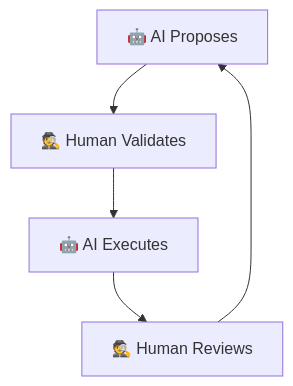
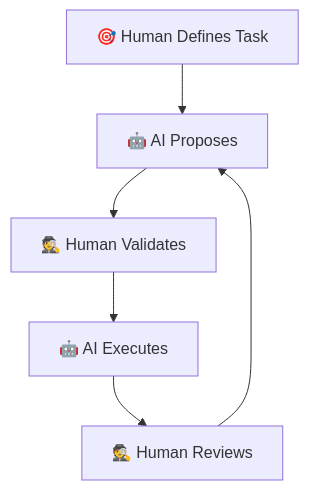
Before and after one commit to TheBushidoCollective/han: the first of 12 diagrams in website/content/papers/ai-dlc-2026.md, drawn with Mermaid.

Commit message:
feat(website): add Human Defines Task starting point to HITL diagram
Show that HITL starts with human defining the task, matching the pattern
in HOTL where Human Defines Criteria is the starting point.

````diff
--- a/website/content/papers/ai-dlc-2026.md
+++ b/website/content/papers/ai-dlc-2026.md
@@ -115,7 +115,8 @@
 ```mermaid
 flowchart TB
-    A1["🤖 AI Proposes"] --> A2["🕵️ Human Validates"]
+    A0["🎯 Human Defines Task"] --> A1["🤖 AI Proposes"]
+    A1 --> A2["🕵️ Human Validates"]
     A2 --> A3["🤖 AI Executes"]
     A3 --> A4["🕵️ Human Reviews"]
     A4 --> A1
 ```
````
